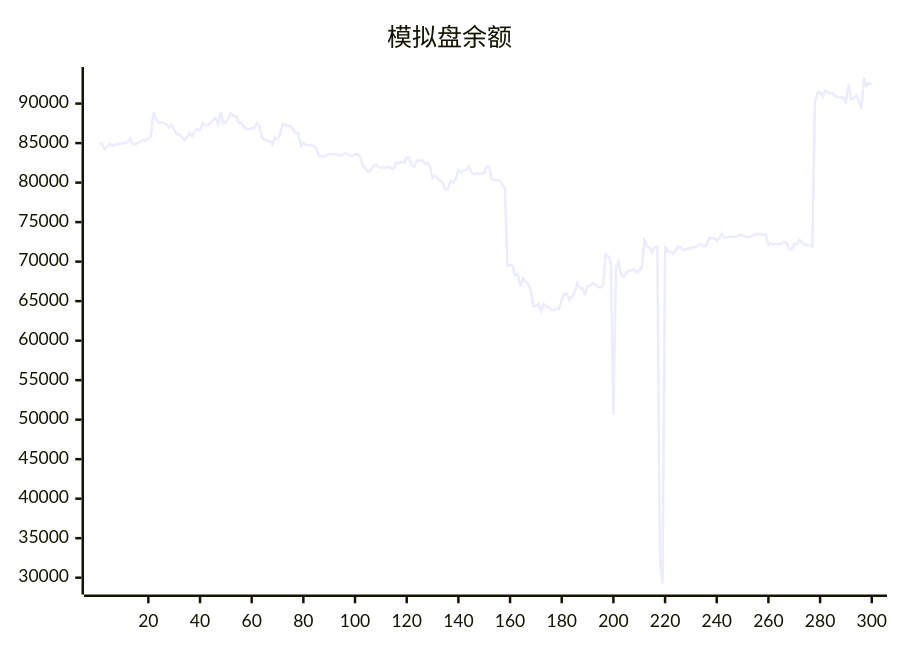
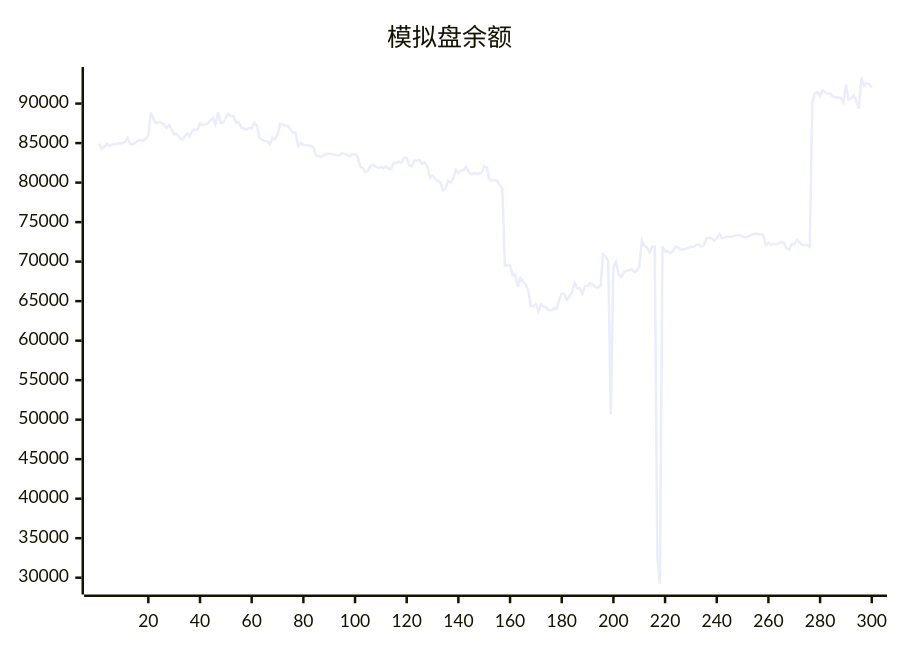
The diagram in README.md (aahl/ai-trading), drawn with Mermaid before and after one commit. The commit also changed other lines of this file and 1 other file, not shown here.

````diff
--- a/README.md
+++ b/README.md
@@ -5,5 +5,5 @@
 ```mermaid
 xychart
     title "模拟盘余额"
-    line [84854,84917,84265,84527,84919,84668,84834,84850,84916,84981,85004,85131,85674,84891,84864,85019,85284,85393,85294,85538,85894,88904,88012,87567,87625,87568,87386,86920,87313,86737,86094,86143,85725,85437,85787,86219,85859,86526,86740,86630,87563,87264,87335,87483,87886,88180,87335,88894,87544,87608,88207,88755,88401,88444,87543,87608,87000,86810,86740,86894,86884,87576,87209,85686,85435,85251,85255,84820,85689,85453,86066,87420,87373,87161,87178,86740,86341,86315,84643,85012,84772,84768,84690,84635,84376,83360,83357,83259,83474,83608,83606,83602,83548,83440,83454,83724,83644,83464,83365,83590,83592,83275,82072,81806,81344,81492,82109,82254,82006,81848,81955,81829,82022,81769,81776,82522,82441,82656,82498,83144,83144,82150,82038,82797,82763,82872,82367,82536,81981,80612,80862,80484,80242,80034,79063,79245,80226,80016,80507,81625,81233,81544,81578,82016,81401,81019,81186,81130,81118,81306,82066,81909,80392,80304,80291,80258,79729,79261,69466,69579,69456,68251,68415,66832,67911,67462,67144,66432,64380,64375,64606,63740,64647,64324,64216,63842,63877,64078,64008,65156,65945,65888,65157,65625,66144,67284,66653,66639,65924,66925,66956,67263,67108,66766,66729,66886,70927,70673,70049,50652,69334,69973,68400,68061,68578,68876,68879,69055,68662,68822,69329,72687,71999,71760,71162,71911,71896,32500,29218,71927,71297,71305,71044,71337,71883,71822,71536,71536,71622,71723,71880,71860,72100,72216,71887,72077,72940,72976,72966,72638,72948,73497,73004,73041,73173,73160,73186,73258,73375,73351,73173,73098,73161,73305,73474,73536,73457,73413,73412,72100,72333,72164,72272,72204,72285,72461,72421,71652,71521,72267,72157,72774,72424,72144,72060,72091,71858,90185,91338,91466,90900,91678,91404,91268,91244,90903,90779,90787,90721,90187,92429,90518,90619,91070,90328,89376,93286,92202,92581,92485]
+    line [84917,84265,84527,84919,84668,84834,84850,84916,84981,85004,85131,85674,84891,84864,85019,85284,85393,85294,85538,85894,88904,88012,87567,87625,87568,87386,86920,87313,86737,86094,86143,85725,85437,85787,86219,85859,86526,86740,86630,87563,87264,87335,87483,87886,88180,87335,88894,87544,87608,88207,88755,88401,88444,87543,87608,87000,86810,86740,86894,86884,87576,87209,85686,85435,85251,85255,84820,85689,85453,86066,87420,87373,87161,87178,86740,86341,86315,84643,85012,84772,84768,84690,84635,84376,83360,83357,83259,83474,83608,83606,83602,83548,83440,83454,83724,83644,83464,83365,83590,83592,83275,82072,81806,81344,81492,82109,82254,82006,81848,81955,81829,82022,81769,81776,82522,82441,82656,82498,83144,83144,82150,82038,82797,82763,82872,82367,82536,81981,80612,80862,80484,80242,80034,79063,79245,80226,80016,80507,81625,81233,81544,81578,82016,81401,81019,81186,81130,81118,81306,82066,81909,80392,80304,80291,80258,79729,79261,69466,69579,69456,68251,68415,66832,67911,67462,67144,66432,64380,64375,64606,63740,64647,64324,64216,63842,63877,64078,64008,65156,65945,65888,65157,65625,66144,67284,66653,66639,65924,66925,66956,67263,67108,66766,66729,66886,70927,70673,70049,50652,69334,69973,68400,68061,68578,68876,68879,69055,68662,68822,69329,72687,71999,71760,71162,71911,71896,32500,29218,71927,71297,71305,71044,71337,71883,71822,71536,71536,71622,71723,71880,71860,72100,72216,71887,72077,72940,72976,72966,72638,72948,73497,73004,73041,73173,73160,73186,73258,73375,73351,73173,73098,73161,73305,73474,73536,73457,73413,73412,72100,72333,72164,72272,72204,72285,72461,72421,71652,71521,72267,72157,72774,72424,72144,72060,72091,71858,90185,91338,91466,90900,91678,91404,91268,91244,90903,90779,90787,90721,90187,92429,90518,90619,91070,90328,89376,93286,92202,92581,92485,91947]
 ```
````
